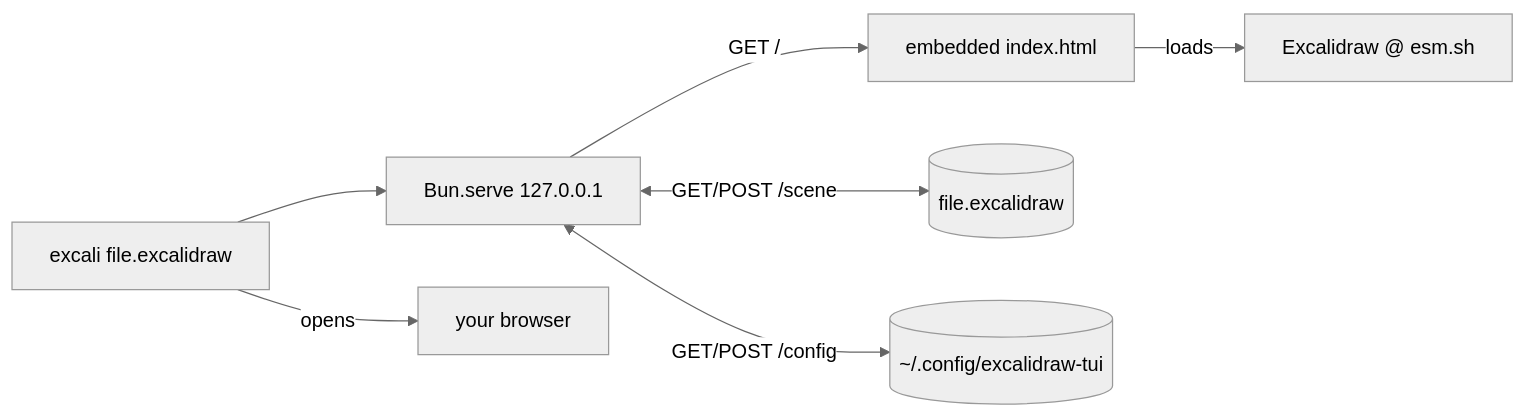
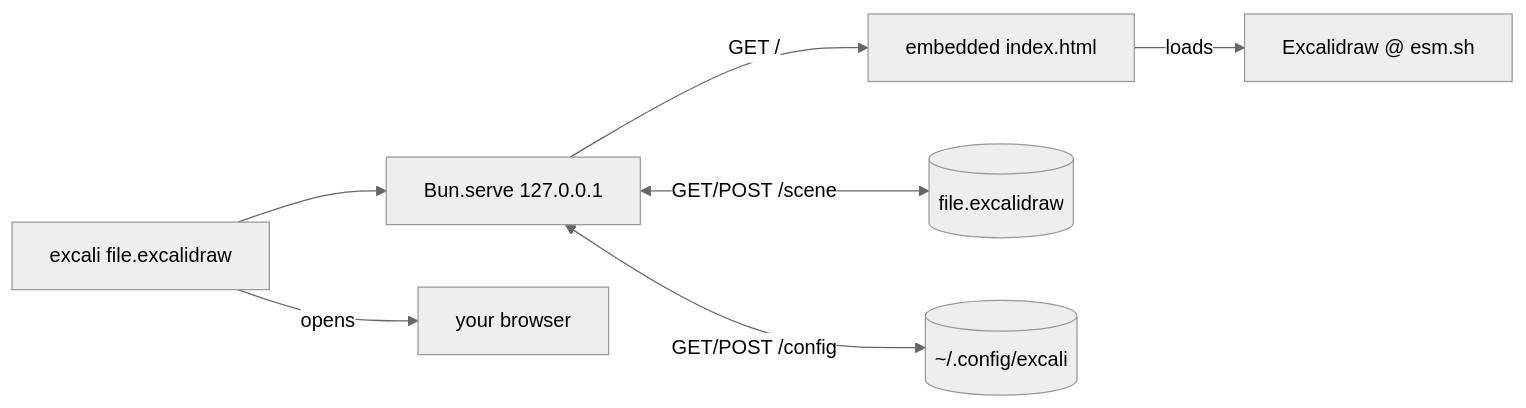
The diagram in README.md (nitrimandylis/excali), drawn with Mermaid (neutral theme) before and after one commit. The commit also changed other lines of this file and 8 other files, not shown here.

Commit message:
rename project excalidraw-tui -> excali (it's a cli, not a tui); adopt compile-script convention

````diff
--- a/README.md
+++ b/README.md
@@ -62,9 +63,9 @@
 ```mermaid
 flowchart LR
     CLI[excali file.excalidraw] --> S[Bun.serve 127.0.0.1]
     S -->|GET /| H[embedded index.html]
     H -->|loads| CDN[Excalidraw @ esm.sh]
     S <-->|GET/POST /scene| F[(file.excalidraw)]
-    S <-->|GET/POST /config| C[(~/.config/excalidraw-tui)]
+    S <-->|GET/POST /config| C[(~/.config/excali)]
     CLI -->|opens| B[your browser]
 ```
````
